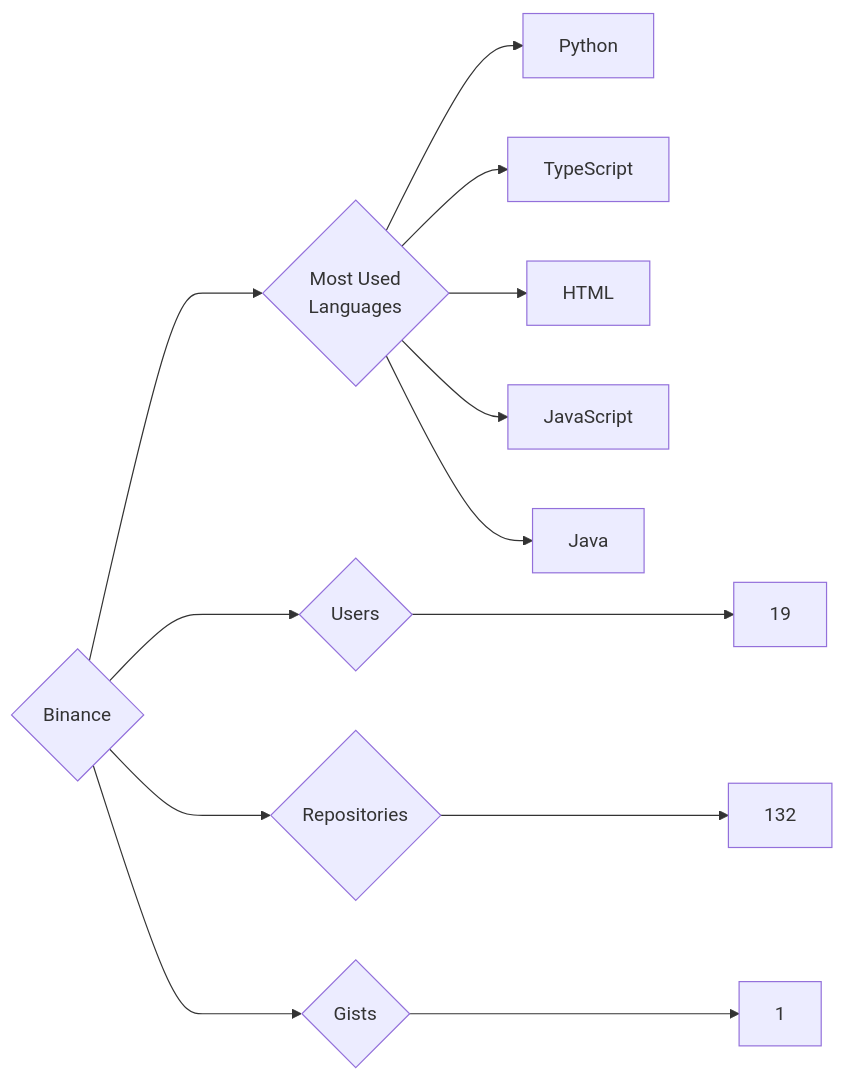
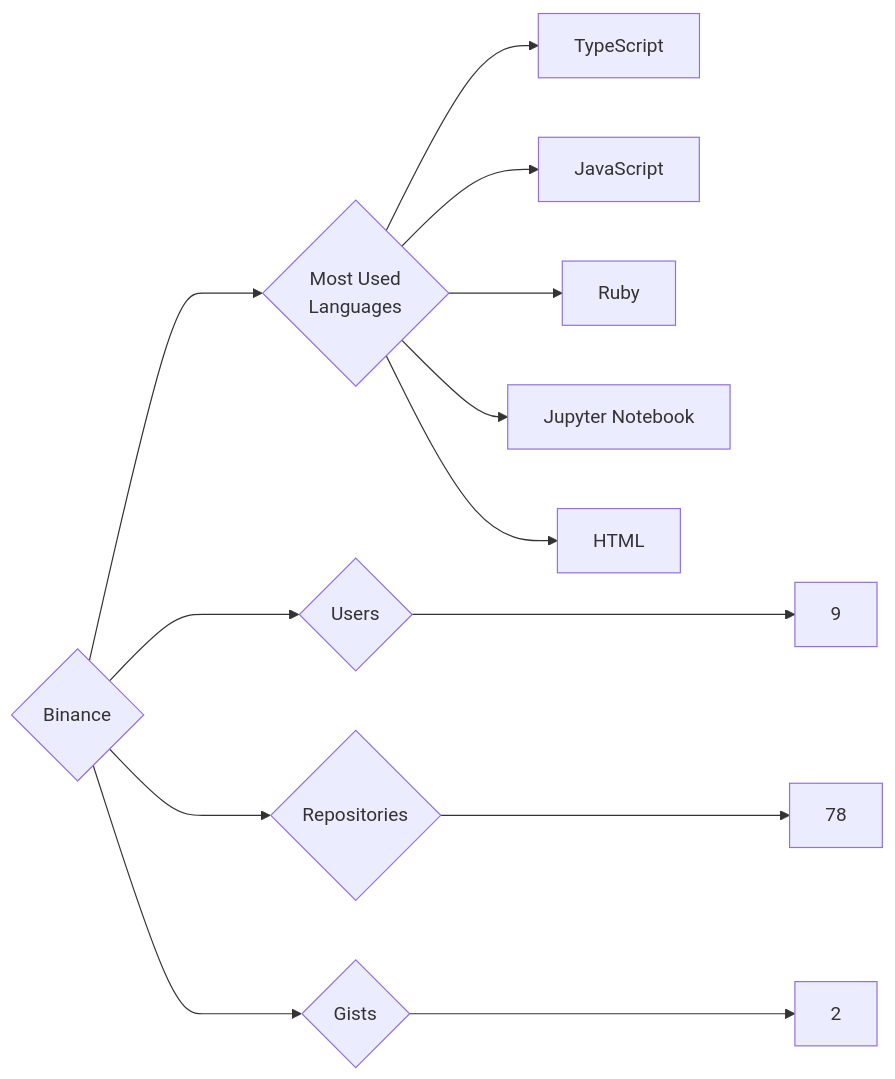
The diagram in targets/Binance/README.md (trickest/insiders), drawn with Mermaid before and after one commit. The commit also changed 750 other files, not shown here.

````diff
--- a/targets/Binance/README.md
+++ b/targets/Binance/README.md
@@ -3,13 +3,13 @@
 ```mermaid
 graph LR
 COMPANY_NAME{Binance}
-COMPANY_NAME ---> U{Users} ---> UN[19]
-COMPANY_NAME ---> R{Repositories} ---> RN[132]
-COMPANY_NAME ---> G{Gists} ---> GN[1]
+COMPANY_NAME ---> U{Users} ---> UN[9]
+COMPANY_NAME ---> R{Repositories} ---> RN[78]
+COMPANY_NAME ---> G{Gists} ---> GN[2]
 COMPANY_NAME ---> ML{Most Used<br>Languages}
-ML --> Python[Python]
 ML --> TypeScript[TypeScript]
+ML --> JavaScript[JavaScript]
+ML --> Ruby[Ruby]
+ML --> Jupyter_Notebook[Jupyter Notebook]
 ML --> HTML[HTML]
-ML --> JavaScript[JavaScript]
-ML --> Java[Java]
 ```
````
